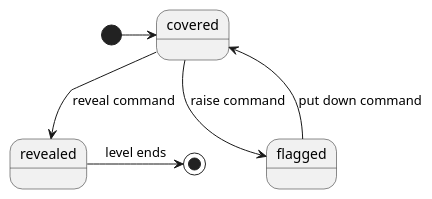
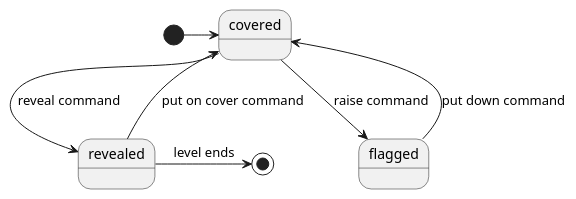
The diagram in src/SnekSweeper/Diagrams/cell-state.puml (SnekTech/SnekSweeper), drawn with PlantUML before and after one commit. The commit also changed 4 other files, not shown here.

Commit message:
cell states: add a transition from revealed to covered

```diff
--- a/src/SnekSweeper/Diagrams/cell-state.puml
+++ b/src/SnekSweeper/Diagrams/cell-state.puml
@@ -1,17 +1,18 @@
 @startuml
 'https://plantuml.com/state-diagram
 
 state covered
 state flagged
 state revealed
 
 [*] -> covered
 
 covered --> flagged : raise command
 flagged --> covered : put down command
 
 covered --> revealed : reveal command
+revealed --> covered : put on cover command
 
 revealed -> [*] : level ends
 
 @enduml
```
